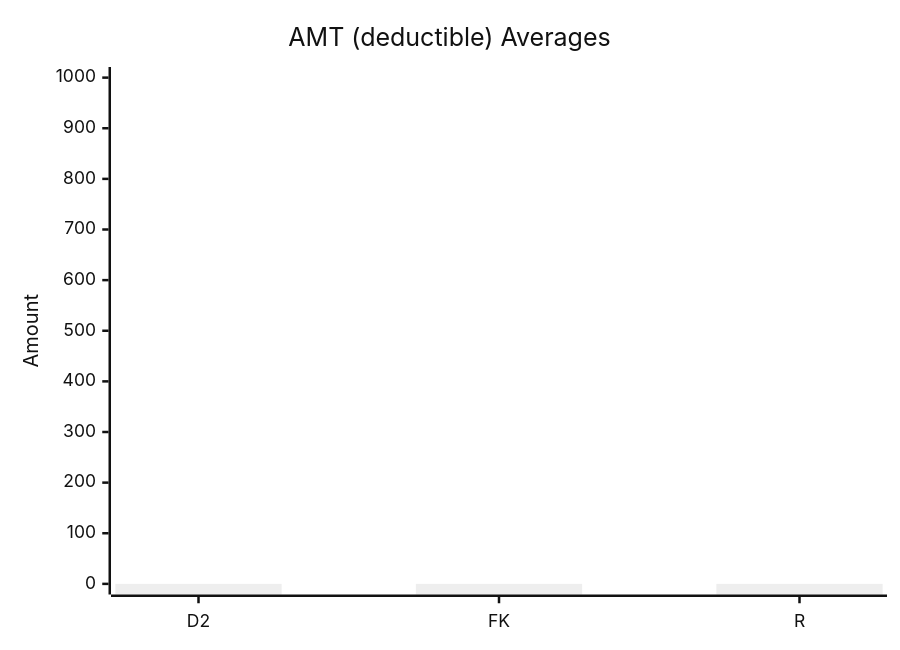
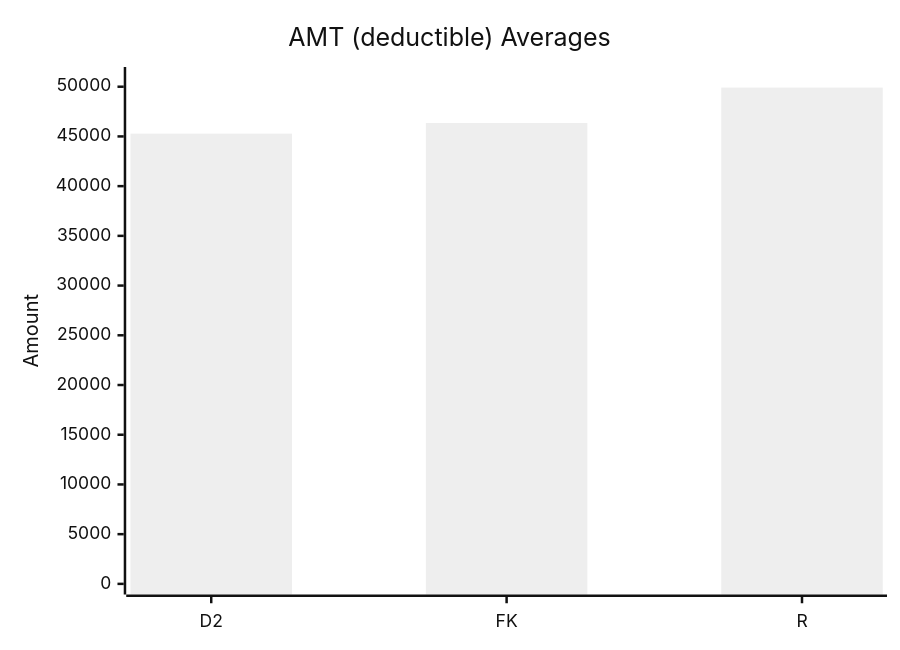
The ninth of 10 diagrams in test-tools/DataGen/src/Statistics_Visualizer.md (dhagan-va/intern-2025), drawn with Mermaid (neutral theme) before and after one commit. The commit also changed other lines of this file and 2 other files, not shown here.

````diff
--- a/test-tools/DataGen/src/Statistics_Visualizer.md
+++ b/test-tools/DataGen/src/Statistics_Visualizer.md
@@ -96,7 +96,7 @@
 ```mermaid
 xychart-beta
     title "AMT (deductible) Averages"
     x-axis ["D2", "FK", "R"]
-    y-axis "Amount" 0 --> 1000.0
-    bar [0.0, 0.0, 0.0]
+    y-axis "Amount" 0 --> 50913.71696517412
+    bar [45282.026666666694, 46349.341691542286, 49913.71696517412]
 ```
````
